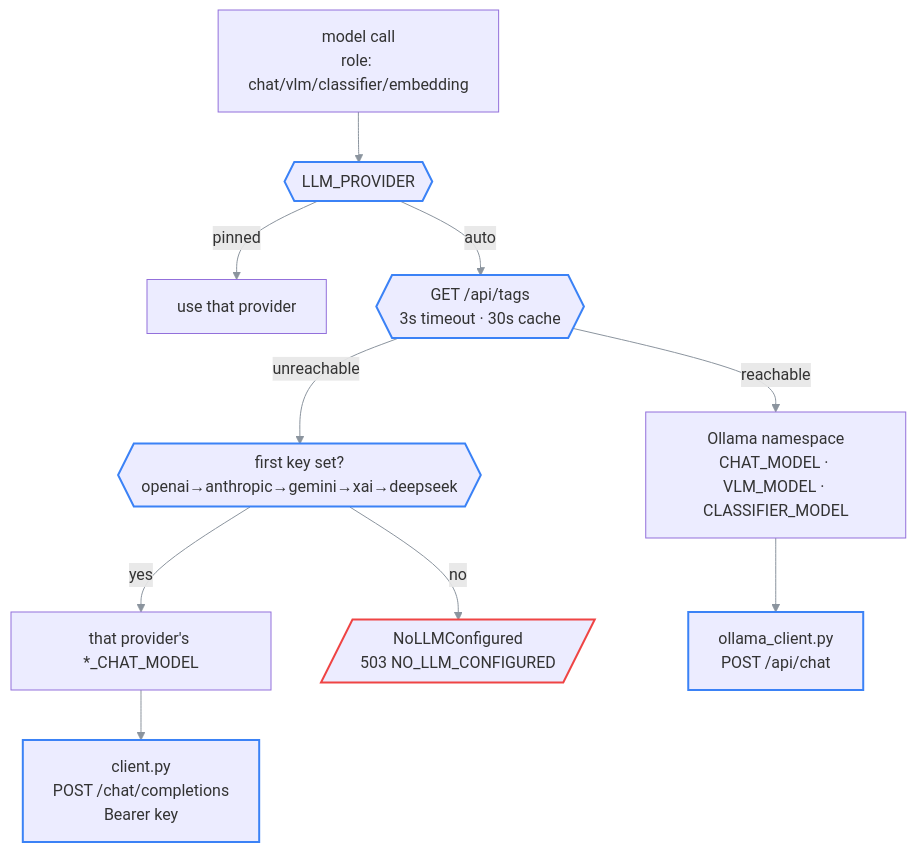
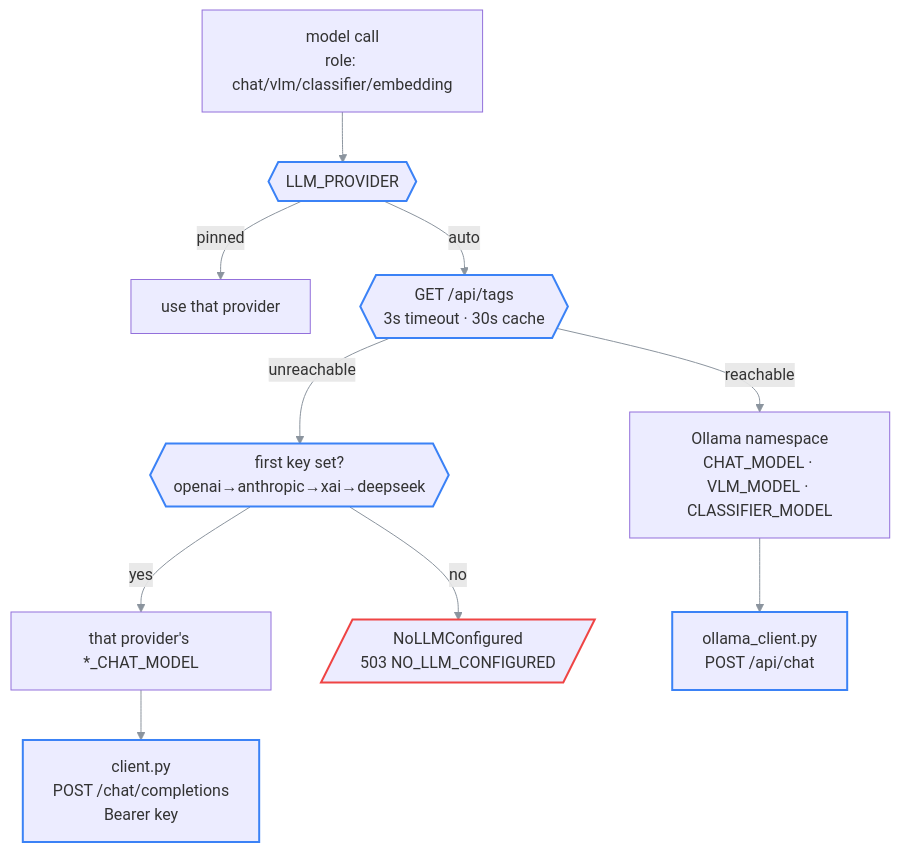
Before and after one commit to Khaled-Saleh-KL1/9XAIPal: the diagram in docs/02-architecture/ai-backend.md, drawn with Mermaid. The commit also changed other lines of this file and 25 other files, not shown here.

````diff
--- a/docs/02-architecture/ai-backend.md
+++ b/docs/02-architecture/ai-backend.md
@@ -86,18 +84,18 @@
 ```mermaid
 %%{init: {'themeVariables': {'fontFamily': 'ui-monospace, SFMono-Regular, Menlo, monospace', 'lineColor': '#8b949e'}}}%%
 flowchart TD
     C[model call<br/>role: chat/vlm/classifier/embedding] --> P{{LLM_PROVIDER}}
     P -->|pinned| USE[use that provider]
     P -->|auto| PROBE{{"GET /api/tags<br/>3s timeout · 30s cache"}}
     PROBE -->|reachable| OLL[Ollama namespace<br/>CHAT_MODEL · VLM_MODEL · CLASSIFIER_MODEL]
-    PROBE -->|unreachable| CHAIN{{first key set?<br/>openai→anthropic→gemini→xai→deepseek}}
+    PROBE -->|unreachable| CHAIN{{first key set?<br/>openai→anthropic→xai→deepseek}}
     CHAIN -->|yes| CLOUD[that provider's *_CHAT_MODEL]
     CHAIN -->|no| ERR[/NoLLMConfigured<br/>503 NO_LLM_CONFIGURED/]
     OLL --> T[ollama_client.py<br/>POST /api/chat]
     CLOUD --> O[client.py<br/>POST /chat/completions<br/>Bearer key]
 
     classDef owned stroke:#3b82f6,stroke-width:2px
     classDef bad stroke:#ef4444,stroke-width:2px
     class P,PROBE,CHAIN,T,O owned
     class ERR bad
 ```
````
